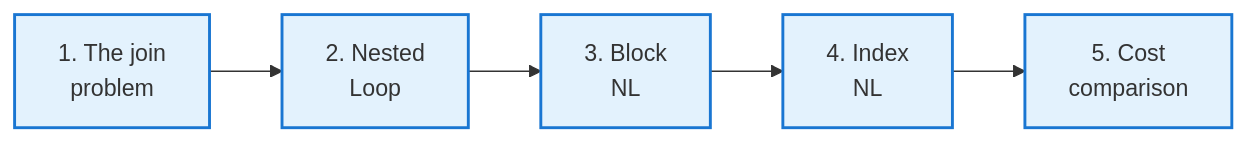
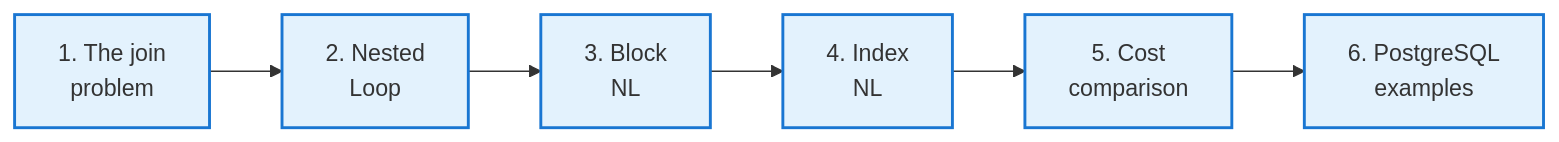
Before and after one commit to ufdatastudio/cop5725fa26: the second of 5 diagrams in lecture-outlines/day30-join-algorithms-i/slides.md, drawn with Mermaid. The commit also changed other lines of this file and 33 other files, not shown here.

````diff
--- a/lecture-outlines/day30-join-algorithms-i/slides.md
+++ b/lecture-outlines/day30-join-algorithms-i/slides.md
@@ -66,9 +66,10 @@
 ```mermaid
 graph LR
   P["1. The join<br/>problem"] --> N["2. Nested<br/>Loop"]
   N --> B["3. Block<br/>NL"]
   B --> I["4. Index<br/>NL"]
   I --> C["5. Cost<br/>comparison"]
+  C --> E["6. PostgreSQL<br/>examples"]
   classDef step fill:#e3f2fd,stroke:#1976d2,stroke-width:2px
-  class P,N,B,I,C step
+  class P,N,B,I,C,E step
 ```
````
